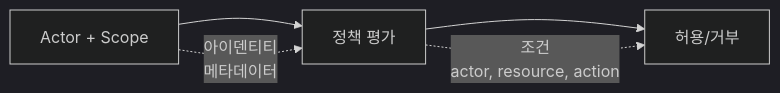
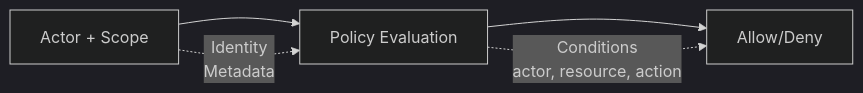
The diagram in ko/system/security.md (wippyai/docs), drawn with Mermaid (dark theme) before and after one commit. The commit also changed other lines of this file and 870 other files, not shown here.

````diff
--- a/ko/system/security.md
+++ b/ko/system/security.md
@@ -10,6 +14,6 @@
 ```mermaid
 flowchart LR
-    A[Actor + Scope] --> PE[정책 평가] --> AD[허용/거부]
-    A -.->|아이덴티티<br/>메타데이터| PE
-    PE -.->|조건<br/>actor, resource, action| AD
+    A[Actor + Scope] --> PE[Policy Evaluation] --> AD[Allow/Deny]
+    A -.->|Identity<br/>Metadata| PE
+    PE -.->|Conditions<br/>actor, resource, action| AD
 ```
````
